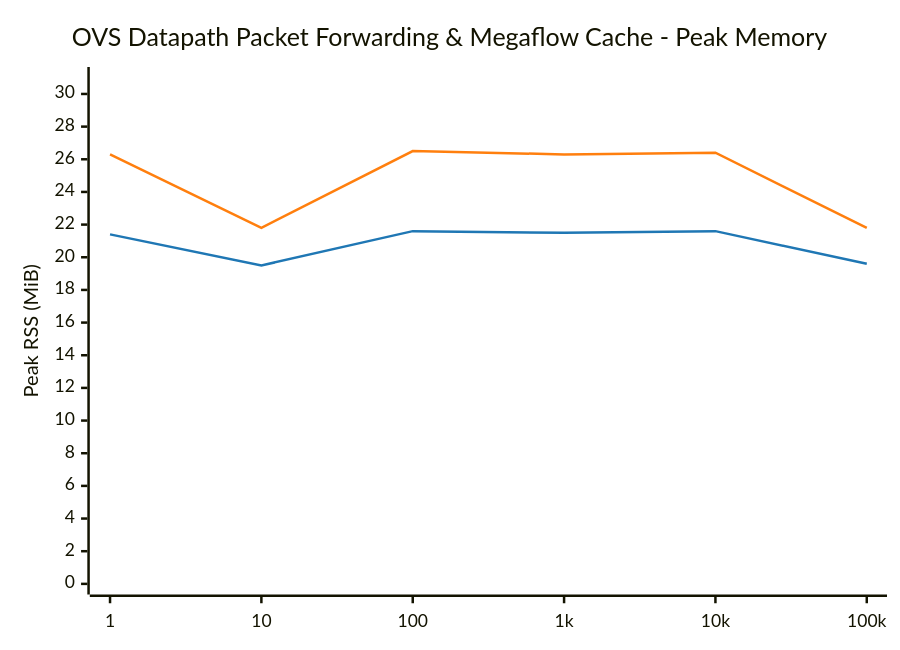
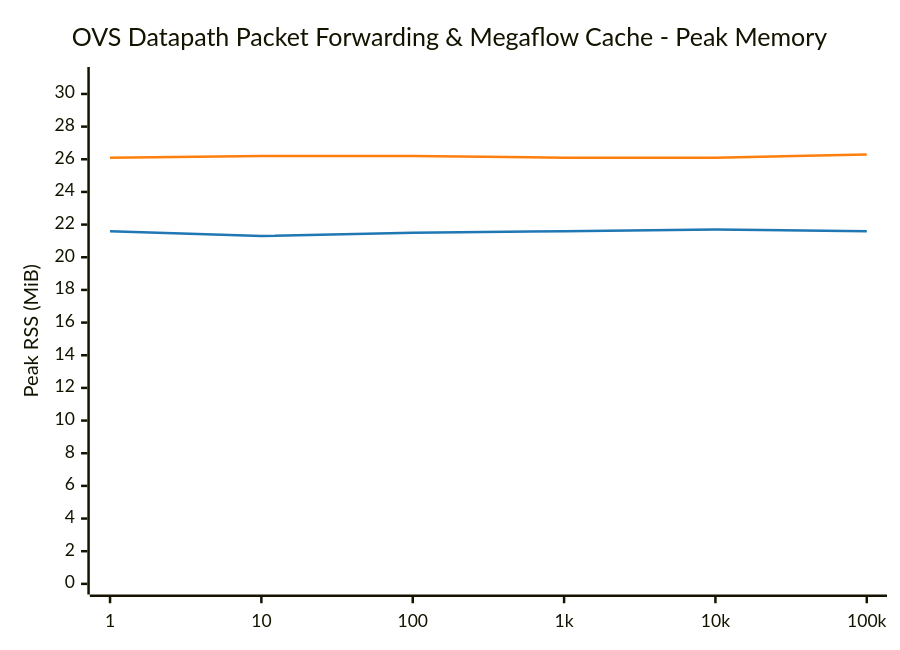
One commit to LionelJouin/ovs-ovn-bench changed diagram 14 of 16 in results/BENCHMARK_REPORT.md. Above: the diagram before and after it, drawn with Mermaid. The commit also changed other lines of this file and 1 other file, not shown here.

````diff
--- a/results/BENCHMARK_REPORT.md
+++ b/results/BENCHMARK_REPORT.md
@@ -660,14 +660,14 @@
 ```mermaid
 ---
 config:
     themeVariables:
         xyChart:
             plotColorPalette: "#1f77b4, #ff7f0e"
 ---
 xychart-beta
     title "OVS Datapath Packet Forwarding & Megaflow Cache - Peak Memory"
     x-axis ["1", "10", "100", "1k", "10k", "100k"]
     y-axis "Peak RSS (MiB)" 0 --> 31
-    line "glibc malloc" [21.4, 19.5, 21.6, 21.5, 21.6, 19.6]
-    line "jemalloc" [26.3, 21.8, 26.5, 26.3, 26.4, 21.8]
+    line "glibc malloc" [21.6, 21.3, 21.5, 21.6, 21.7, 21.6]
+    line "jemalloc" [26.1, 26.2, 26.2, 26.1, 26.1, 26.3]
 ```
````
